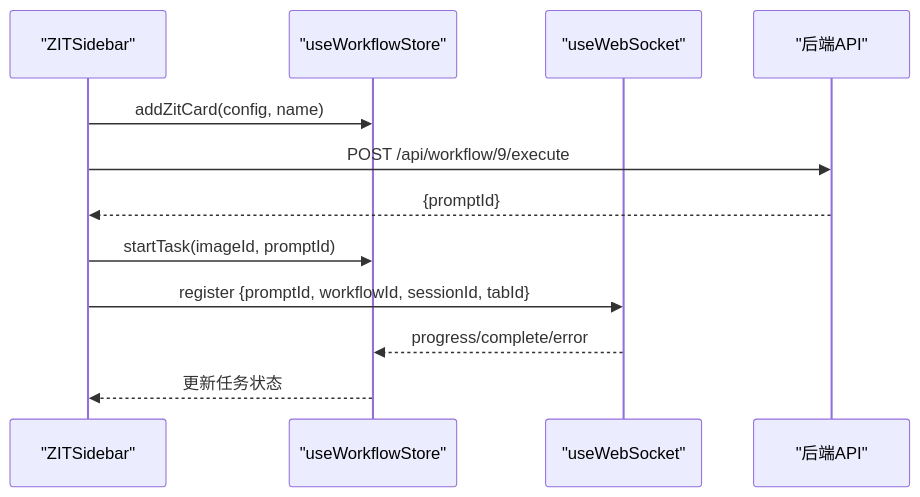
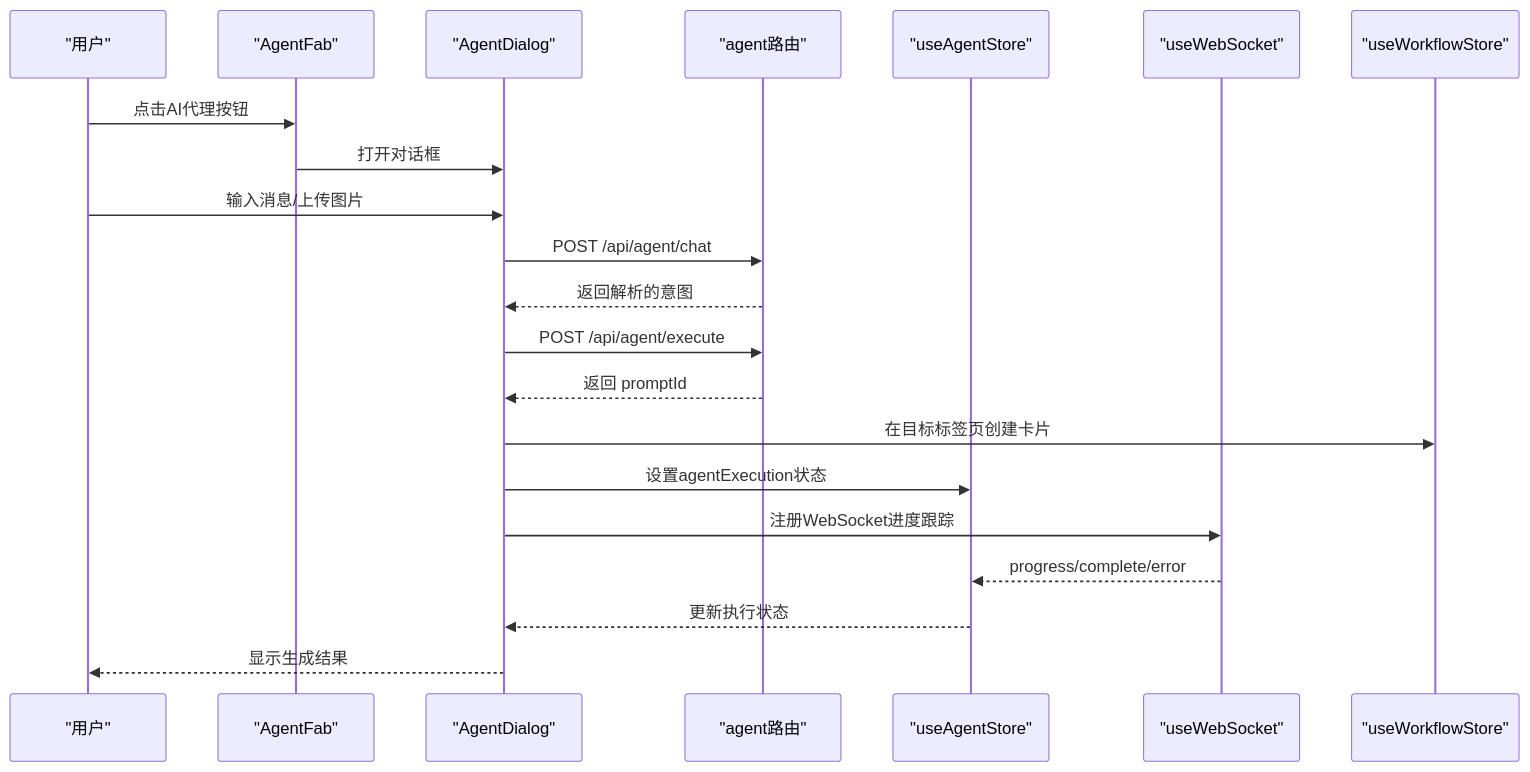
The seventh of 8 diagrams in .qoder/repowiki/zh/content/前端应用/状态管理系统/工作流状态管理/工作流状态管理.md (billye220670/CorineKit_Pix2Real), drawn with Mermaid before and after one commit. The commit also changed other lines of this file and 20 other files, not shown here.

````diff
--- a/.qoder/repowiki/zh/content/前端应用/状态管理系统/工作流状态管理/工作流状态管理.md
+++ b/.qoder/repowiki/zh/content/前端应用/状态管理系统/工作流状态管理/工作流状态管理.md
@@ -300,14 +464,23 @@
 ```mermaid
 sequenceDiagram
-participant UI as "ZITSidebar"
-participant Store as "useWorkflowStore"
+participant User as "用户"
+participant AgentFab as "AgentFab"
+participant AgentDialog as "AgentDialog"
+participant AgentAPI as "agent路由"
+participant AgentStore as "useAgentStore"
 participant WS as "useWebSocket"
-participant API as "后端API"
-UI->>Store : addZitCard(config, name)
-UI->>API : POST /api/workflow/9/execute
-API-->>UI : {promptId}
-UI->>Store : startTask(imageId, promptId)
-UI->>WS : register {promptId, workflowId, sessionId, tabId}
-WS-->>Store : progress/complete/error
-Store-->>UI : 更新任务状态
+participant WorkflowStore as "useWorkflowStore"
+User->>AgentFab : 点击AI代理按钮
+AgentFab->>AgentDialog : 打开对话框
+User->>AgentDialog : 输入消息/上传图片
+AgentDialog->>AgentAPI : POST /api/agent/chat
+AgentAPI-->>AgentDialog : 返回解析的意图
+AgentDialog->>AgentAPI : POST /api/agent/execute
+AgentAPI-->>AgentDialog : 返回 promptId
+AgentDialog->>WorkflowStore : 在目标标签页创建卡片
+AgentDialog->>AgentStore : 设置agentExecution状态
+AgentDialog->>WS : 注册WebSocket进度跟踪
+WS-->>AgentStore : progress/complete/error
+AgentStore-->>AgentDialog : 更新执行状态
+AgentDialog-->>User : 显示生成结果
 ```
````
